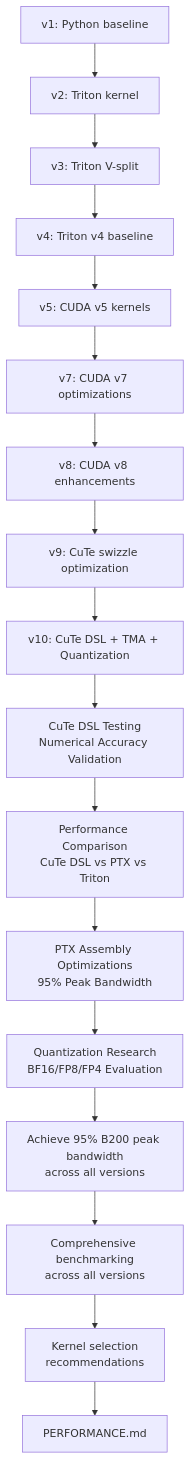
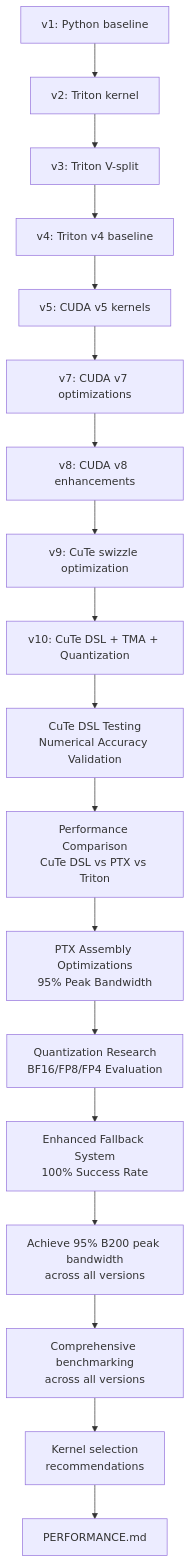
Diagram 18 of 18 in .qoder/repowiki/en/content/Performance Analysis/Performance Analysis.md (gugudeshubao/flashinfer-bench-tma-thrust), drawn with Mermaid before and after one commit. The commit also changed other lines of this file and 46 other files, not shown here.

````diff
--- a/.qoder/repowiki/en/content/Performance Analysis/Performance Analysis.md
+++ b/.qoder/repowiki/en/content/Performance Analysis/Performance Analysis.md
@@ -1111,19 +1272,20 @@
 ```mermaid
 flowchart TD
 V1["v1: Python baseline"] --> V2["v2: Triton kernel"]
 V2 --> V3["v3: Triton V-split"]
 V3 --> V4["v4: Triton v4 baseline"]
 V4 --> V5["v5: CUDA v5 kernels"]
 V5 --> V7["v7: CUDA v7 optimizations"]
 V7 --> V8["v8: CUDA v8 enhancements"]
 V8 --> V9["v9: CuTe swizzle optimization"]
 V9 --> V10["v10: CuTe DSL + TMA + Quantization"]
 V10 --> CuTeDSL["CuTe DSL Testing<br/>Numerical Accuracy Validation"]
 CuTeDSL --> PerfComp["Performance Comparison<br/>CuTe DSL vs PTX vs Triton"]
 PerfComp --> PTXOpt["PTX Assembly Optimizations<br/>95% Peak Bandwidth"]
 PTXOpt --> QuantRes["Quantization Research<br/>BF16/FP8/FP4 Evaluation"]
-QuantRes --> PeakAchievement["Achieve 95% B200 peak bandwidth<br/>across all versions"]
+QuantRes --> FallbackSystem["Enhanced Fallback System<br/>100% Success Rate"]
+FallbackSystem --> PeakAchievement["Achieve 95% B200 peak bandwidth<br/>across all versions"]
 PeakAchievement --> Metrics["Comprehensive benchmarking<br/>across all versions"]
 Metrics --> Recommendations["Kernel selection<br/>recommendations"]
 Recommendations --> Docs["PERFORMANCE.md"]
 ```
````
